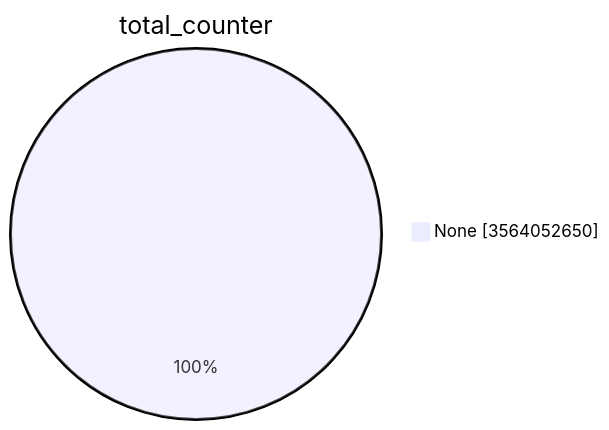
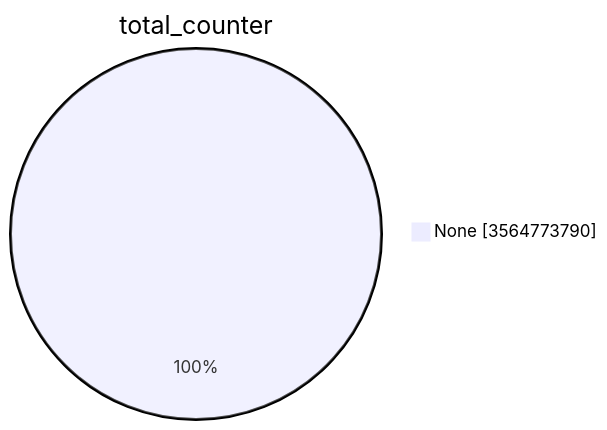
One commit to christiankrug/ctmonitor_visualization changed the first of 15 diagrams in TOTAL/README.md. Above: the diagram before and after it, drawn with Mermaid. The commit also changed other lines of this file, not shown here.

````diff
--- a/TOTAL/README.md
+++ b/TOTAL/README.md
@@ -1,5 +1,5 @@
 ```mermaid
 pie showData
 title total_counter
-"None" :3564052650
+"None" :3564773790
 ```
````
